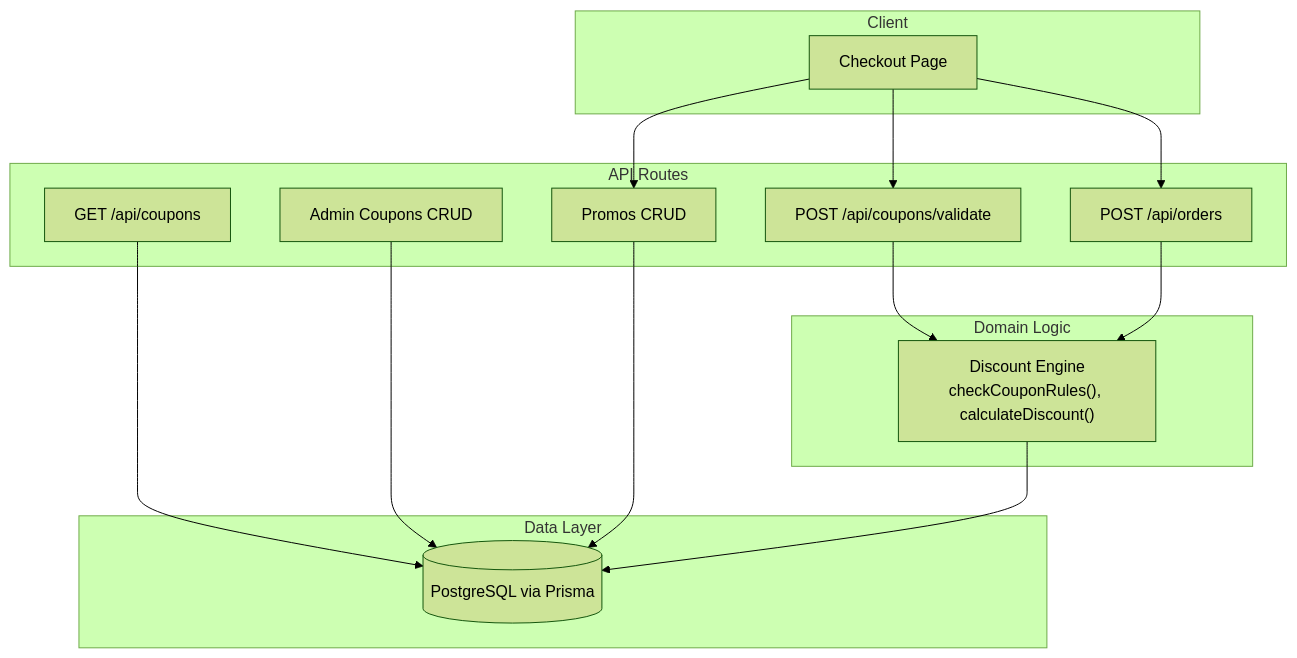
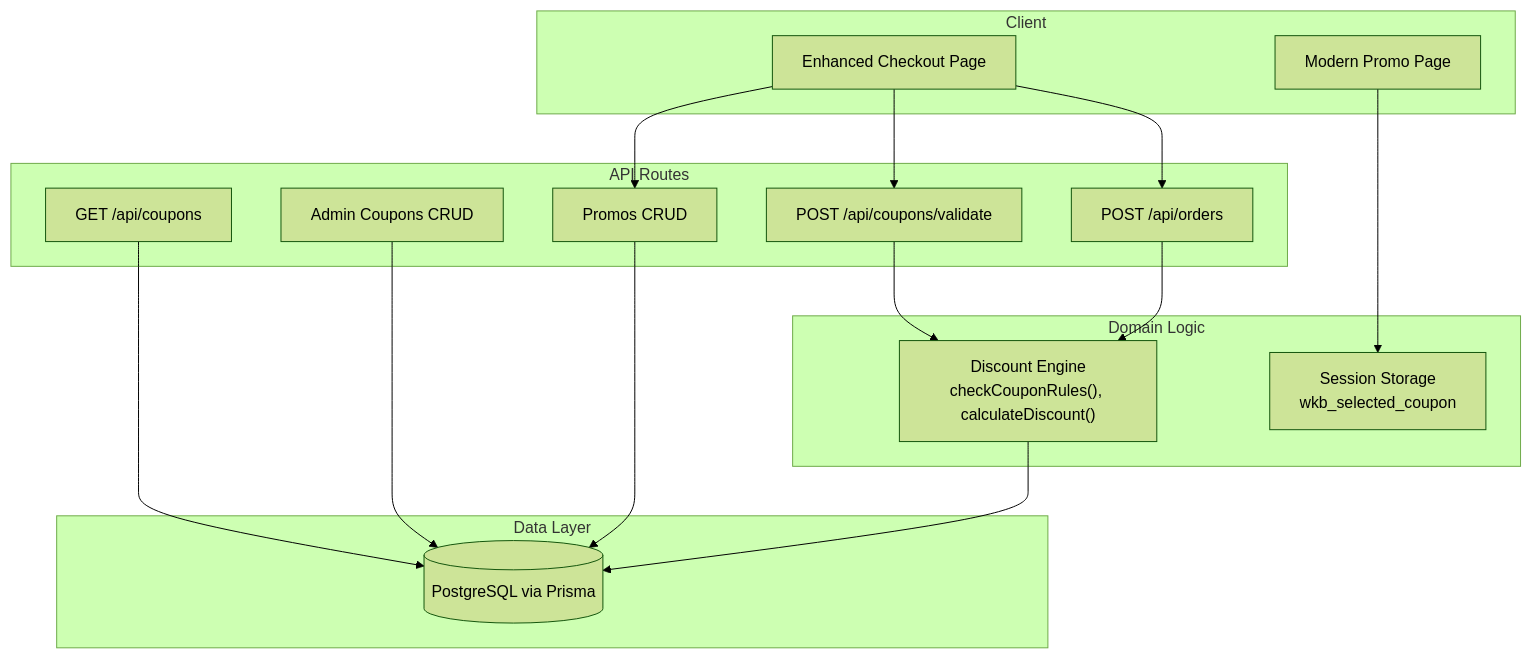
Before and after one commit to Ice-Nao-Eevee/Tera_Work: the first of 11 diagrams in .qoder/repowiki/en/content/Core Features/Promotions & Coupons.md, drawn with Mermaid (forest theme). The commit also changed other lines of this file and 49 other files, not shown here.

````diff
--- a/.qoder/repowiki/en/content/Core Features/Promotions & Coupons.md
+++ b/.qoder/repowiki/en/content/Core Features/Promotions & Coupons.md
@@ -48,28 +64,31 @@
 ```mermaid
 graph TB
 subgraph "Client"
-Checkout["Checkout Page"]
+Checkout["Enhanced Checkout Page"]
+PromoPage["Modern Promo Page"]
 end
 subgraph "API Routes"
 CouponsList["GET /api/coupons"]
 CouponsValidate["POST /api/coupons/validate"]
 AdminCoupons["Admin Coupons CRUD"]
 PromosCRUD["Promos CRUD"]
 OrdersCreate["POST /api/orders"]
 end
 subgraph "Domain Logic"
 Engine["Discount Engine<br/>checkCouponRules(), calculateDiscount()"]
+SessionStorage["Session Storage<br/>wkb_selected_coupon"]
 end
 subgraph "Data Layer"
 DB[(PostgreSQL via Prisma)]
 end
 Checkout --> CouponsValidate
+PromoPage --> SessionStorage
 Checkout --> PromosCRUD
 Checkout --> OrdersCreate
 CouponsList --> DB
 CouponsValidate --> Engine
 AdminCoupons --> DB
 PromosCRUD --> DB
 OrdersCreate --> Engine
 Engine --> DB
 ```
````
